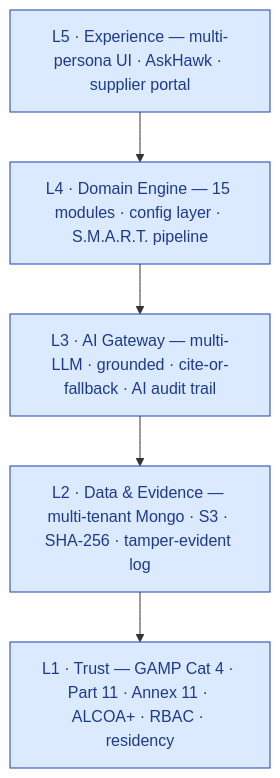
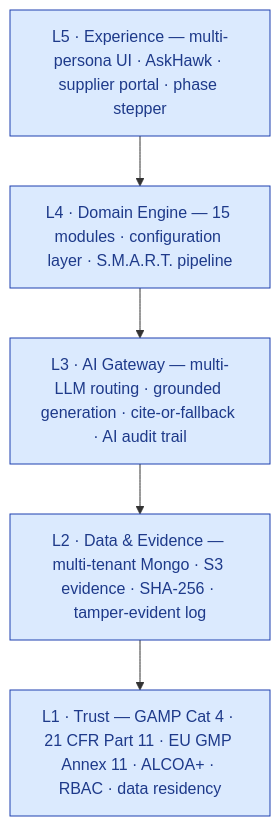
The first of 5 diagrams in 01-strategy/vision-and-positioning/POSITIONING-AND-MARKET-STUDY-2026.md (hawkeyetransact-dotcom/doc_v2), drawn with Mermaid before and after one commit. The commit also changed other lines of this file, not shown here.

````diff
--- a/01-strategy/vision-and-positioning/POSITIONING-AND-MARKET-STUDY-2026.md
+++ b/01-strategy/vision-and-positioning/POSITIONING-AND-MARKET-STUDY-2026.md
@@ -65,10 +147,10 @@
 ```mermaid
 flowchart TB
     classDef l fill:#dbeafe,stroke:#1e40af,color:#1e3a8a
-    L5["L5 · Experience — multi-persona UI · AskHawk · supplier portal"]:::l
-    L4["L4 · Domain Engine — 15 modules · config layer · S.M.A.R.T. pipeline"]:::l
-    L3["L3 · AI Gateway — multi-LLM · grounded · cite-or-fallback · AI audit trail"]:::l
-    L2["L2 · Data & Evidence — multi-tenant Mongo · S3 · SHA-256 · tamper-evident log"]:::l
-    L1["L1 · Trust — GAMP Cat 4 · Part 11 · Annex 11 · ALCOA+ · RBAC · residency"]:::l
+    L5["L5 · Experience — multi-persona UI · AskHawk · supplier portal · phase stepper"]:::l
+    L4["L4 · Domain Engine — 15 modules · configuration layer · S.M.A.R.T. pipeline"]:::l
+    L3["L3 · AI Gateway — multi-LLM routing · grounded generation · cite-or-fallback · AI audit trail"]:::l
+    L2["L2 · Data & Evidence — multi-tenant Mongo · S3 evidence · SHA-256 · tamper-evident log"]:::l
+    L1["L1 · Trust — GAMP Cat 4 · 21 CFR Part 11 · EU GMP Annex 11 · ALCOA+ · RBAC · data residency"]:::l
     L5-->L4-->L3-->L2-->L1
 ```
````
